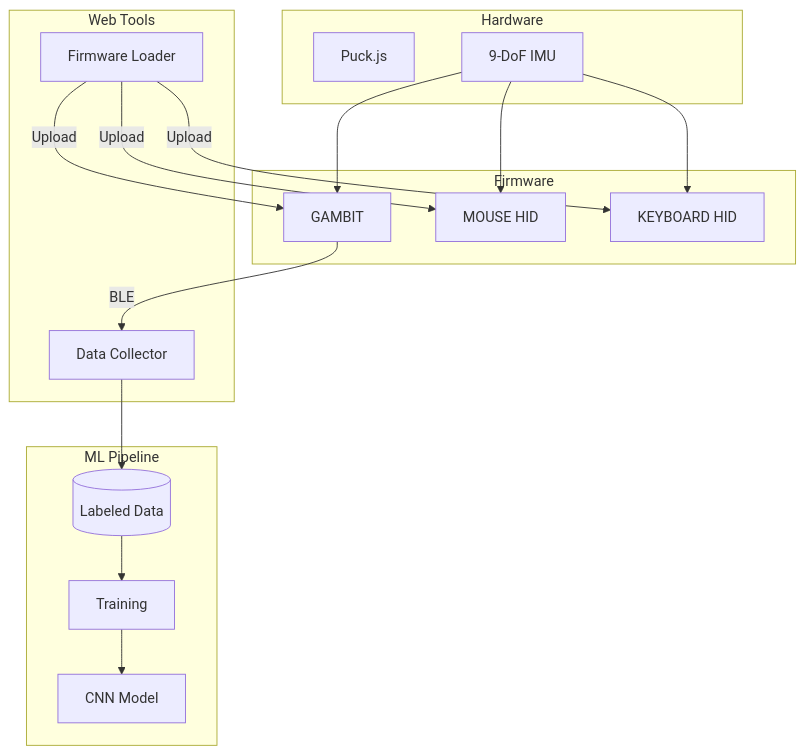
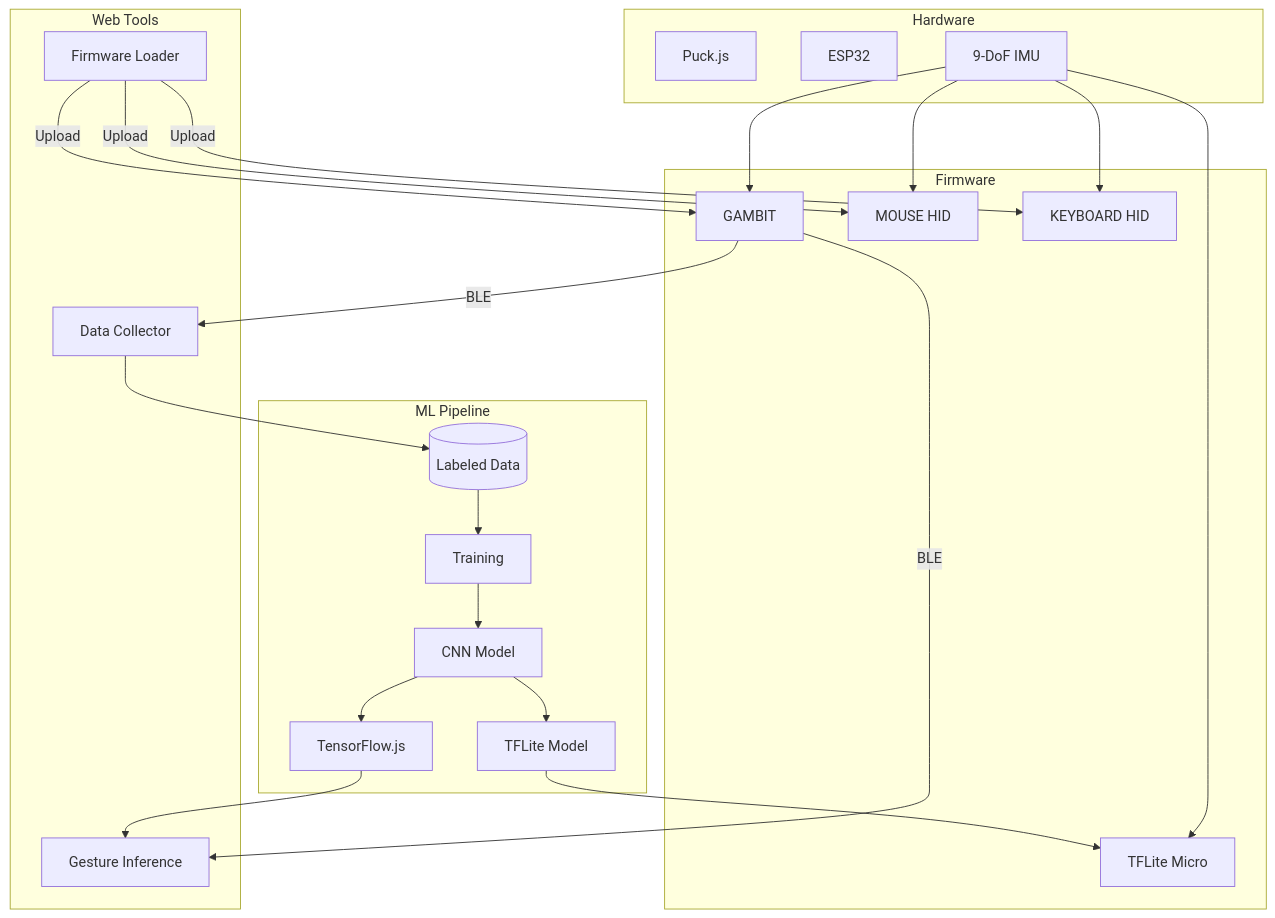
Before and after one commit to christopherdebeer/simcap: the diagram in docs/README.md, drawn with Mermaid. The commit also changed other lines of this file and 65 other files, not shown here.

Commit message:
naive first model build and clientside inference

````diff
--- a/docs/README.md
+++ b/docs/README.md
@@ -68,35 +79,46 @@
 ```mermaid
 graph TB
     subgraph "Hardware"
         PUCK[Puck.js]
+        ESP32[ESP32]
         IMU[9-DoF IMU]
     end
 
     subgraph "Firmware"
         GAMBIT[GAMBIT]
+        TFLITE[TFLite Micro]
         MOUSE[MOUSE HID]
         KEYBOARD[KEYBOARD HID]
     end
 
     subgraph "Web Tools"
         FWLOADER[Firmware Loader]
         COLLECTOR[Data Collector]
+        INFERENCE[Gesture Inference]
     end
 
     subgraph "ML Pipeline"
         DATA[(Labeled Data)]
         TRAIN[Training]
         MODEL[CNN Model]
+        TFJS[TensorFlow.js]
+        TFLITEM[TFLite Model]
     end
 
     IMU --> GAMBIT
+    IMU --> TFLITE
     IMU --> MOUSE
     IMU --> KEYBOARD
     FWLOADER --> |Upload| GAMBIT
     FWLOADER --> |Upload| MOUSE
     FWLOADER --> |Upload| KEYBOARD
     GAMBIT --> |BLE| COLLECTOR
+    GAMBIT --> |BLE| INFERENCE
     COLLECTOR --> DATA
     DATA --> TRAIN
     TRAIN --> MODEL
+    MODEL --> TFJS
+    MODEL --> TFLITEM
+    TFJS --> INFERENCE
+    TFLITEM --> TFLITE
 ```
````
